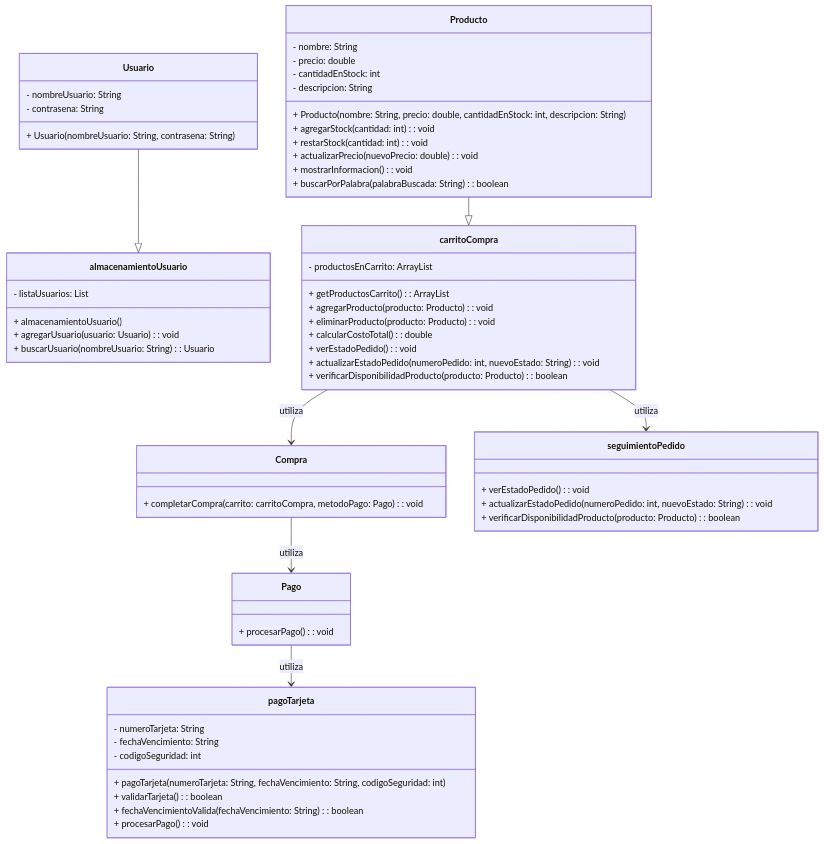
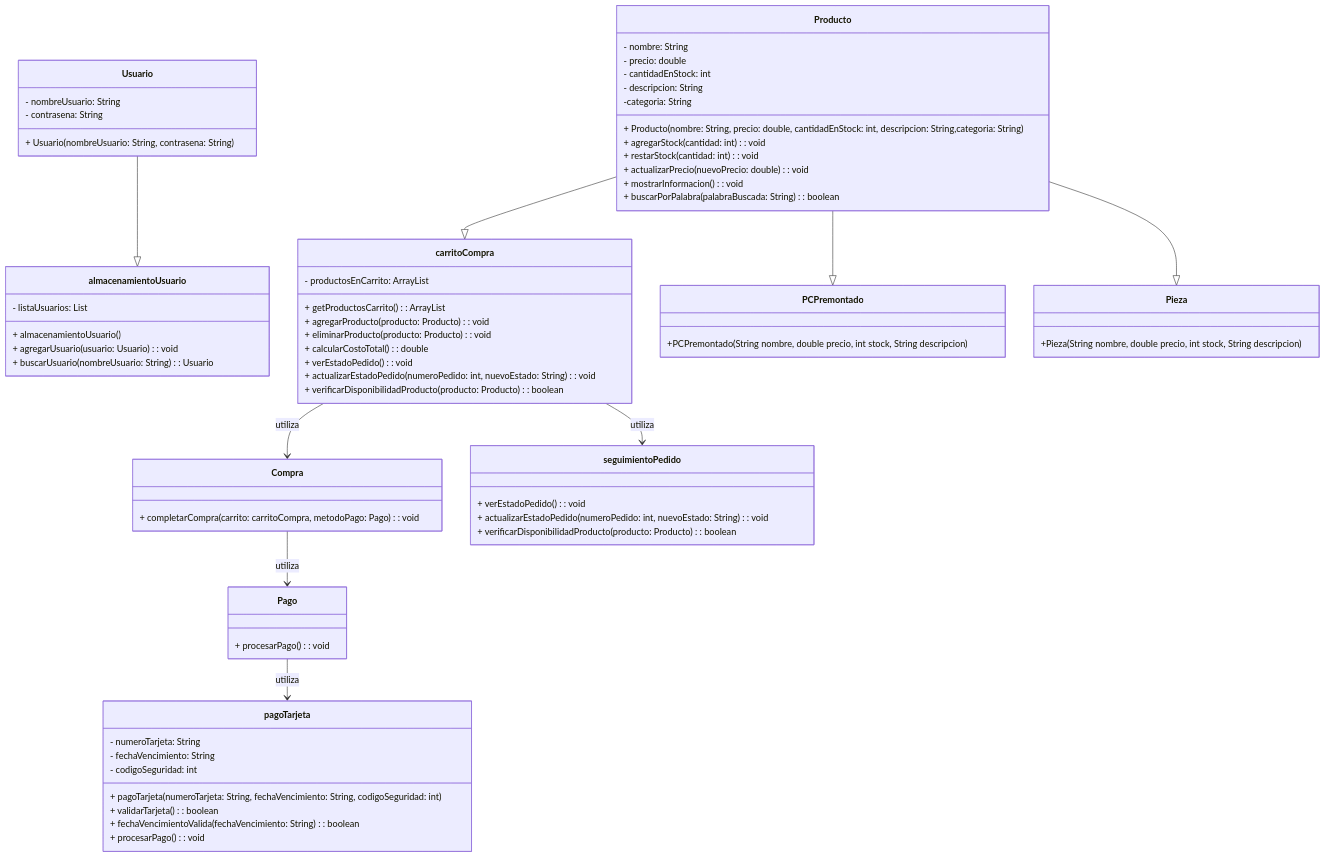
One commit to Pabl0t0rr/TrabajoFinalTPA changed the diagram in README.md. Above: the diagram before and after it, drawn with Mermaid.

Commit message:
UML final? README.md

````diff
--- a/README.md
+++ b/README.md
@@ -23,71 +23,81 @@
 ```mermaid
 
 classDiagram
     class almacenamientoUsuario {
         - listaUsuarios: List<Usuario>
         + almacenamientoUsuario()
         + agregarUsuario(usuario: Usuario): void
         + buscarUsuario(nombreUsuario: String): Usuario
     }
 
     class carritoCompra {
         - productosEnCarrito: ArrayList<Producto>
         + getProductosCarrito(): ArrayList<Producto>
         + agregarProducto(producto: Producto): void
         + eliminarProducto(producto: Producto): void
         + calcularCostoTotal(): double
         + verEstadoPedido(): void
         + actualizarEstadoPedido(numeroPedido: int, nuevoEstado: String): void
         + verificarDisponibilidadProducto(producto: Producto): boolean
     }
 
     class Compra {
         + completarCompra(carrito: carritoCompra, metodoPago: Pago): void
     }
 
     class Pago {
         + procesarPago(): void
     }
 
     class pagoTarjeta {
         - numeroTarjeta: String
         - fechaVencimiento: String
         - codigoSeguridad: int
         + pagoTarjeta(numeroTarjeta: String, fechaVencimiento: String, codigoSeguridad: int)
         + validarTarjeta(): boolean
         + fechaVencimientoValida(fechaVencimiento: String): boolean
         + procesarPago(): void
     }
 
     class Producto {
         - nombre: String
         - precio: double
         - cantidadEnStock: int
         - descripcion: String
-        + Producto(nombre: String, precio: double, cantidadEnStock: int, descripcion: String)
+        -categoria: String
+        + Producto(nombre: String, precio: double, cantidadEnStock: int, descripcion: String,categoria: String)
         + agregarStock(cantidad: int): void
         + restarStock(cantidad: int): void
         + actualizarPrecio(nuevoPrecio: double): void
         + mostrarInformacion(): void
         + buscarPorPalabra(palabraBuscada: String): boolean
     }
 
     class seguimientoPedido {
         + verEstadoPedido(): void
         + actualizarEstadoPedido(numeroPedido: int, nuevoEstado: String): void
         + verificarDisponibilidadProducto(producto: Producto): boolean
     }
 
     class Usuario {
         - nombreUsuario: String
         - contrasena: String
         + Usuario(nombreUsuario: String, contrasena: String)
     }
 
+    class PCPremontado{
+        +PCPremontado(String nombre, double precio, int stock, String descripcion)
+    }
+
+    class Pieza{
+        +Pieza(String nombre, double precio, int stock, String descripcion)
+    }
 Usuario --|> almacenamientoUsuario
 Producto --|> carritoCompra
+Producto --|> PCPremontado
+Producto --|> Pieza
 carritoCompra --> Compra: utiliza
 Compra --> Pago: utiliza
 carritoCompra --> seguimientoPedido: utiliza
 Pago --> pagoTarjeta: utiliza
 ```
````
